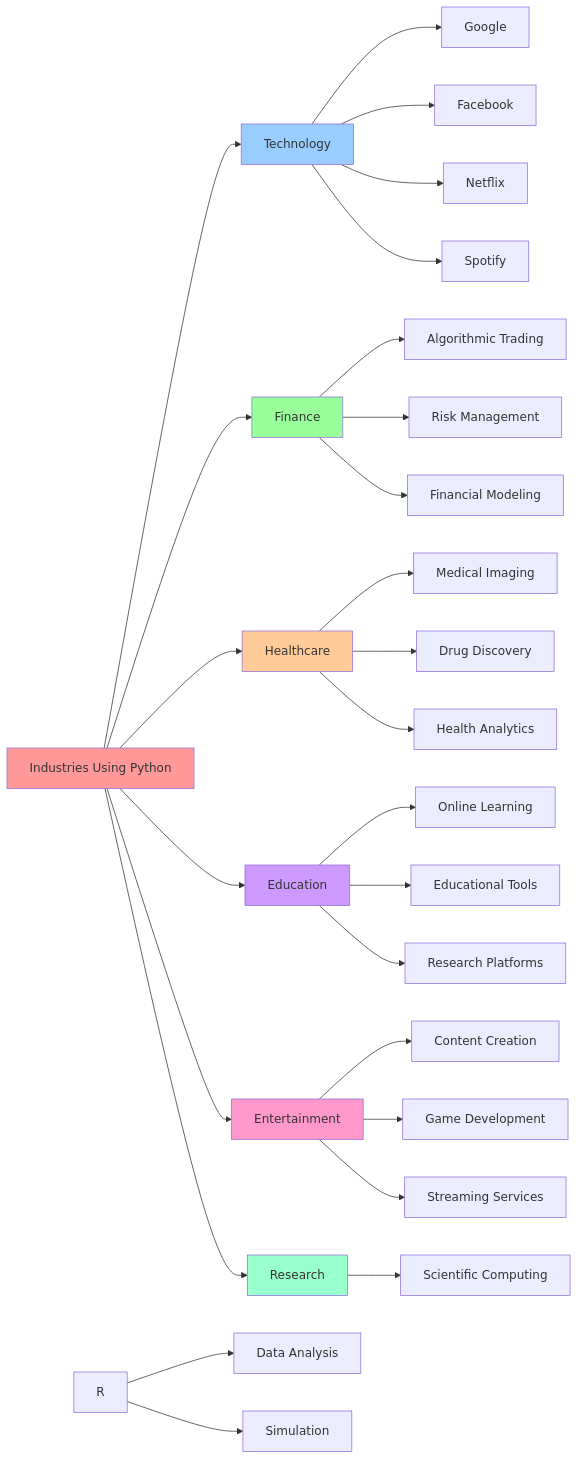
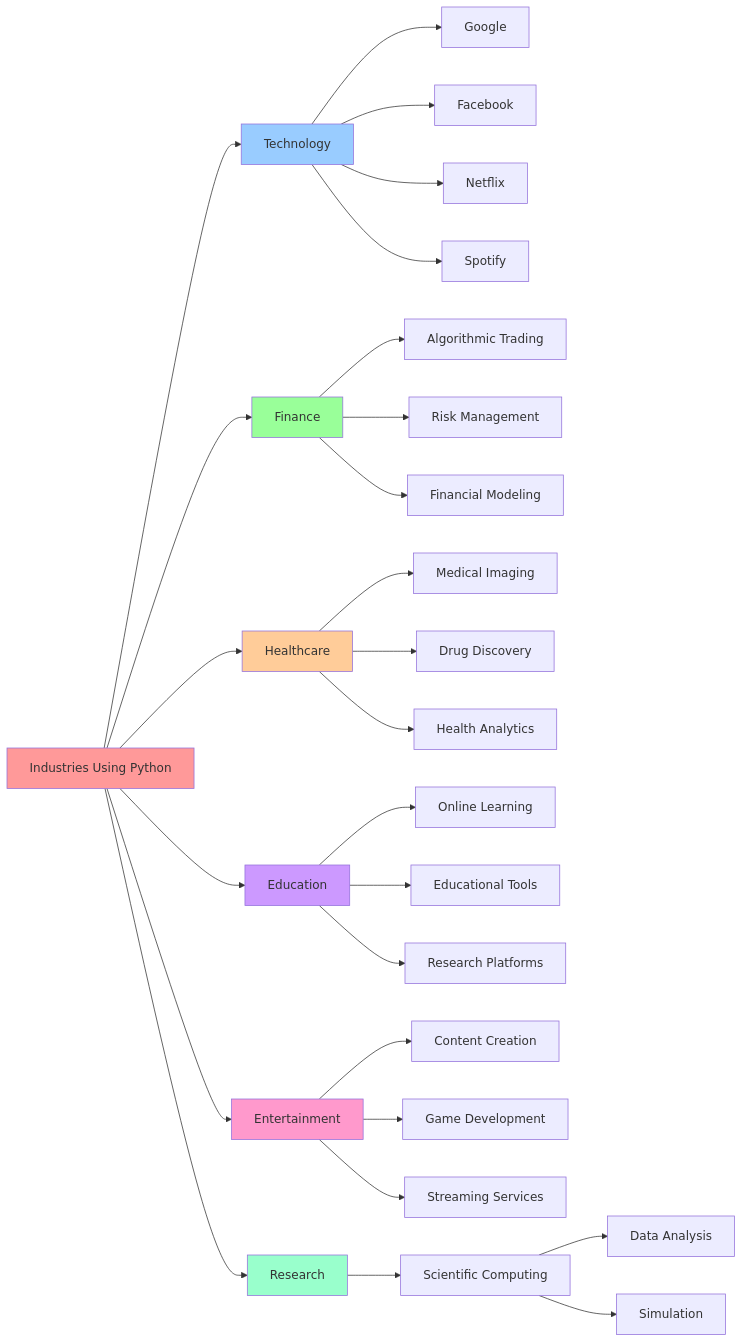
The sixth of 18 diagrams in 00_python_colab/01_introduction_to_python/readme.md (sayyamsheikh42/Python-Learning-Material), drawn with Mermaid before and after one commit.

````diff
--- a/00_python_colab/01_introduction_to_python/readme.md
+++ b/00_python_colab/01_introduction_to_python/readme.md
@@ -211,42 +211,42 @@
 ```mermaid
 graph LR
     A[Industries Using Python] --> B[Technology]
     A --> C[Finance]
     A --> D[Healthcare]
     A --> E[Education]
     A --> F[Entertainment]
     A --> G[Research]
     
     B --> B1[Google]
     B --> B2[Facebook]
     B --> B3[Netflix]
     B --> B4[Spotify]
     
     C --> C1[Algorithmic Trading]
     C --> C2[Risk Management]
     C --> C3[Financial Modeling]
     
     D --> D1[Medical Imaging]
     D --> D2[Drug Discovery]
     D --> D3[Health Analytics]
     
     E --> E1[Online Learning]
     E --> E2[Educational Tools]
     E --> E3[Research Platforms]
     
     F --> F1[Content Creation]
     F --> F2[Game Development]
     F --> F3[Streaming Services]
     
     G --> R1[Scientific Computing]
-    R --> R2[Data Analysis]
-    R --> R3[Simulation]
+    R1 --> R2[Data Analysis]
+    R1 --> R3[Simulation]
     
     style A fill:#ff9999
     style B fill:#99ccff
     style C fill:#99ff99
     style D fill:#ffcc99
     style E fill:#cc99ff
     style F fill:#ff99cc
     style G fill:#99ffcc
 ```
````
